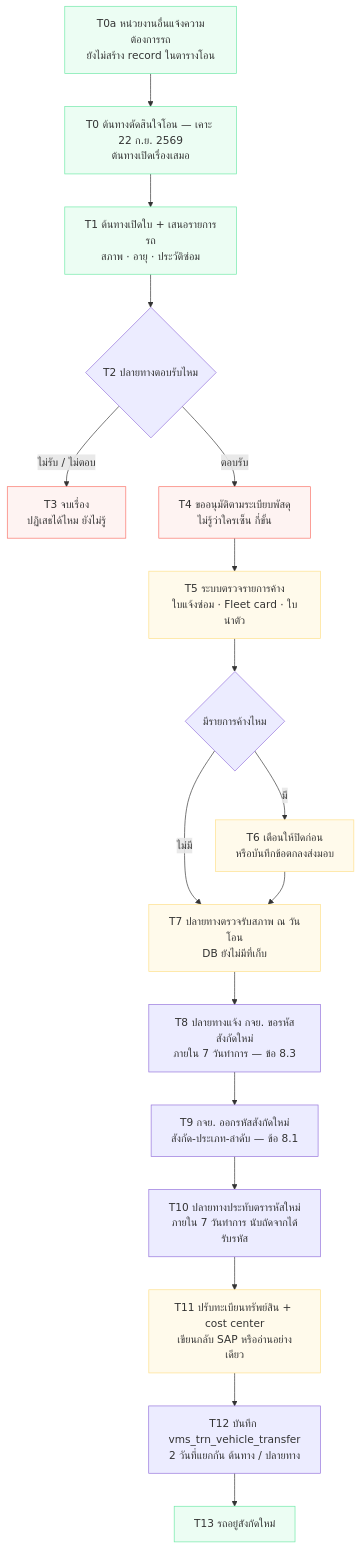
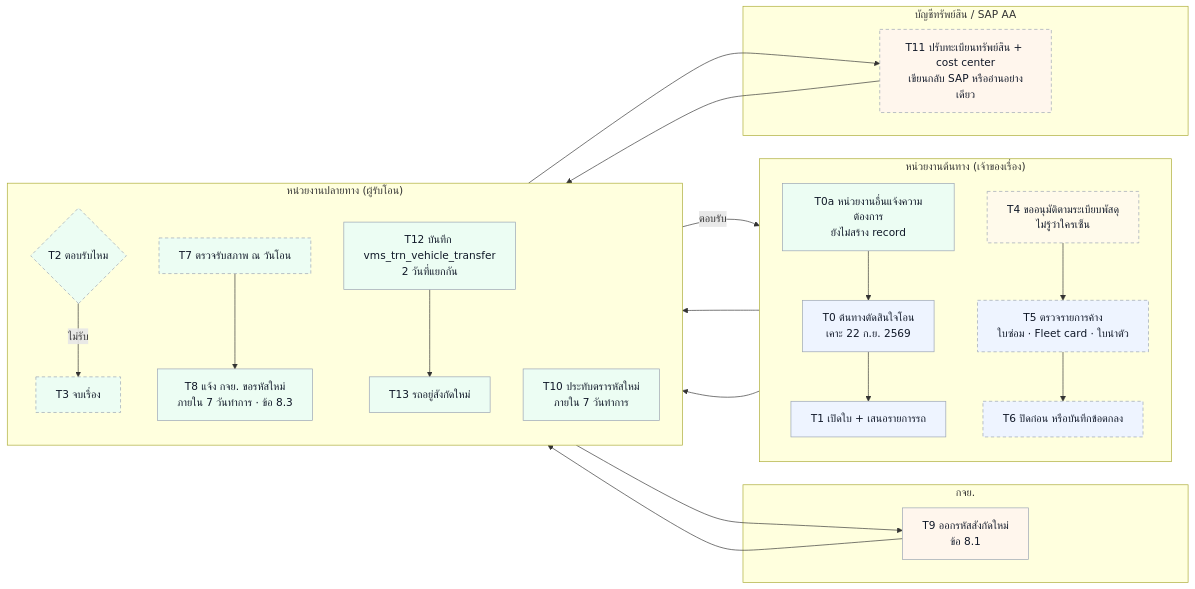
The diagram in Diagram/05-เปลี่ยนสังกัด-ยืมใช้รถ/01-เปลี่ยนสังกัดถาวร.md (anugmail/Maintenance-Request-Form), drawn with Mermaid before and after one commit. The commit also changed other lines of this file and 17 other files, not shown here.

````diff
--- a/Diagram/05-เปลี่ยนสังกัด-ยืมใช้รถ/01-เปลี่ยนสังกัดถาวร.md
+++ b/Diagram/05-เปลี่ยนสังกัด-ยืมใช้รถ/01-เปลี่ยนสังกัดถาวร.md
@@ -43,22 +51,48 @@
 ```mermaid
-flowchart TD
-    T0a["T0a หน่วยงานอื่นแจ้งความต้องการรถ<br/>ยังไม่สร้าง record ในตารางโอน"]:::done --> T0
-    T0["T0 ต้นทางตัดสินใจโอน — เคาะ 22 ก.ย. 2569<br/>ต้นทางเปิดเรื่องเสมอ"]:::done --> T1["T1 ต้นทางเปิดใบ + เสนอรายการรถ<br/>สภาพ · อายุ · ประวัติซ่อม"]:::done
-    T1 --> T2{"T2 ปลายทางตอบรับไหม"}
-    T2 -->|"ไม่รับ / ไม่ตอบ"| T3["T3 จบเรื่อง<br/>ปฏิเสธได้ไหม ยังไม่รู้"]:::ask
-    T2 -->|"ตอบรับ"| T4["T4 ขออนุมัติตามระเบียบพัสดุ<br/>ไม่รู้ว่าใครเซ็น กี่ขั้น"]:::ask
-    T4 --> T5["T5 ระบบตรวจรายการค้าง<br/>ใบแจ้งซ่อม · Fleet card · ใบนำตัว"]:::gap
-    T5 --> T6{"มีรายการค้างไหม"}
-    T6 -->|"มี"| T6a["T6 เตือนให้ปิดก่อน<br/>หรือบันทึกข้อตกลงส่งมอบ"]:::gap
-    T6 -->|"ไม่มี"| T7
-    T6a --> T7["T7 ปลายทางตรวจรับสภาพ ณ วันโอน<br/>DB ยังไม่มีที่เก็บ"]:::gap
-    T7 --> T8["T8 ปลายทางแจ้ง กจย. ขอรหัสสังกัดใหม่<br/>ภายใน 7 วันทำการ — ข้อ 8.3"]
-    T8 --> T9["T9 กจย. ออกรหัสสังกัดใหม่<br/>สังกัด-ประเภท-ลำดับ — ข้อ 8.1"]
-    T9 --> T10["T10 ปลายทางประทับตรารหัสใหม่<br/>ภายใน 7 วันทำการ นับถัดจากได้รับรหัส"]
-    T10 --> T11["T11 ปรับทะเบียนทรัพย์สิน + cost center<br/>เขียนกลับ SAP หรืออ่านอย่างเดียว"]:::gap
-    T11 --> T12["T12 บันทึก vms_trn_vehicle_transfer<br/>2 วันที่แยกกัน ต้นทาง / ปลายทาง"]
-    T12 --> T13["T13 รถอยู่สังกัดใหม่"]:::done
-    classDef ask fill:#FEF3F2,stroke:#F97066
-    classDef gap fill:#FFFAEB,stroke:#FEDF89
-    classDef done fill:#ECFDF3,stroke:#6CE9A6
+flowchart LR
+    subgraph LT["หน่วยงานต้นทาง (เจ้าของเรื่อง)"]
+        direction TB
+        T0a["T0a หน่วยงานอื่นแจ้งความต้องการ<br/>ยังไม่สร้าง record"]
+        T0["T0 ต้นทางตัดสินใจโอน<br/>เคาะ 22 ก.ย. 2569"]
+        T1["T1 เปิดใบ + เสนอรายการรถ"]
+        T4["T4 ขออนุมัติตามระเบียบพัสดุ<br/>ไม่รู้ว่าใครเซ็น"]
+        T5["T5 ตรวจรายการค้าง<br/>ใบซ่อม · Fleet card · ใบนำตัว"]
+        T6["T6 ปิดก่อน หรือบันทึกข้อตกลง"]
+    end
+    subgraph LP["หน่วยงานปลายทาง (ผู้รับโอน)"]
+        direction TB
+        T2{"T2 ตอบรับไหม"}
+        T3["T3 จบเรื่อง"]
+        T7["T7 ตรวจรับสภาพ ณ วันโอน"]
+        T8["T8 แจ้ง กจย. ขอรหัสใหม่<br/>ภายใน 7 วันทำการ · ข้อ 8.3"]
+        T10["T10 ประทับตรารหัสใหม่<br/>ภายใน 7 วันทำการ"]
+        T12["T12 บันทึก vms_trn_vehicle_transfer<br/>2 วันที่แยกกัน"]
+        T13["T13 รถอยู่สังกัดใหม่"]
+    end
+    subgraph LK["กจย."]
+        T9["T9 ออกรหัสสังกัดใหม่<br/>ข้อ 8.1"]
+    end
+    subgraph LB["บัญชีทรัพย์สิน / SAP AA"]
+        T11["T11 ปรับทะเบียนทรัพย์สิน + cost center<br/>เขียนกลับ SAP หรืออ่านอย่างเดียว"]
+    end
+    T0a --> T0 --> T1 --> T2
+    T2 -->|"ไม่รับ"| T3
+    T2 -->|"ตอบรับ"| T4 --> T5 --> T6 --> T7 --> T8 --> T9 --> T10 --> T11 --> T12 --> T13
+    %% สีพื้น = actor · ชุดเดียวกันทั้ง 2 ผังของโฟลเดอร์นี้ (เคาะ 22 ก.ย. 2569)
+    classDef acOwner fill:#EEF4FF,stroke:#98A2B3,color:#101828
+    classDef acOther fill:#ECFDF3,stroke:#98A2B3,color:#101828
+    classDef acAppr  fill:#FFFAEB,stroke:#98A2B3,color:#101828
+    classDef acCentral fill:#FFF6ED,stroke:#98A2B3,color:#101828
+    class T0,T1,T5,T6 acOwner
+    class T0a,T2,T3,T7,T8,T10,T12,T13 acOther
+    class T4 acAppr
+    class T9,T11 acCentral
+    %% เส้นประ = ยังไม่ยืนยัน (ระเบียบไม่ได้เขียน หรือ DB ยังไม่มีที่เก็บ)
+    style T2 stroke-dasharray: 5 4
+    style T3 stroke-dasharray: 5 4
+    style T4 stroke-dasharray: 5 4
+    style T5 stroke-dasharray: 5 4
+    style T6 stroke-dasharray: 5 4
+    style T7 stroke-dasharray: 5 4
+    style T11 stroke-dasharray: 5 4
 ```
````
